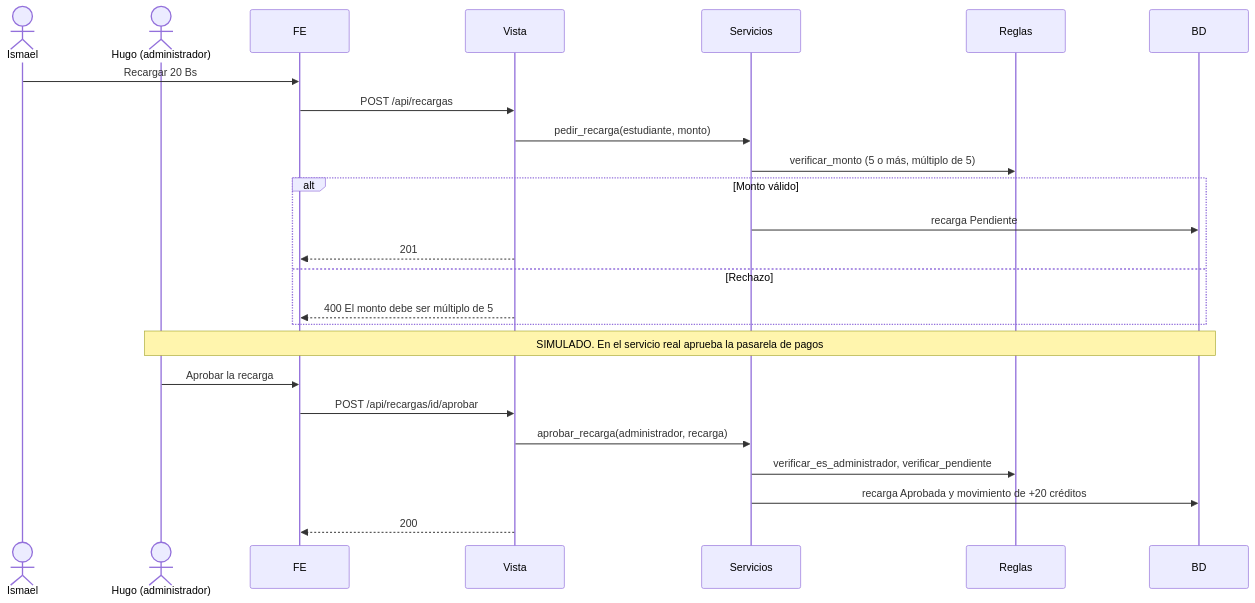
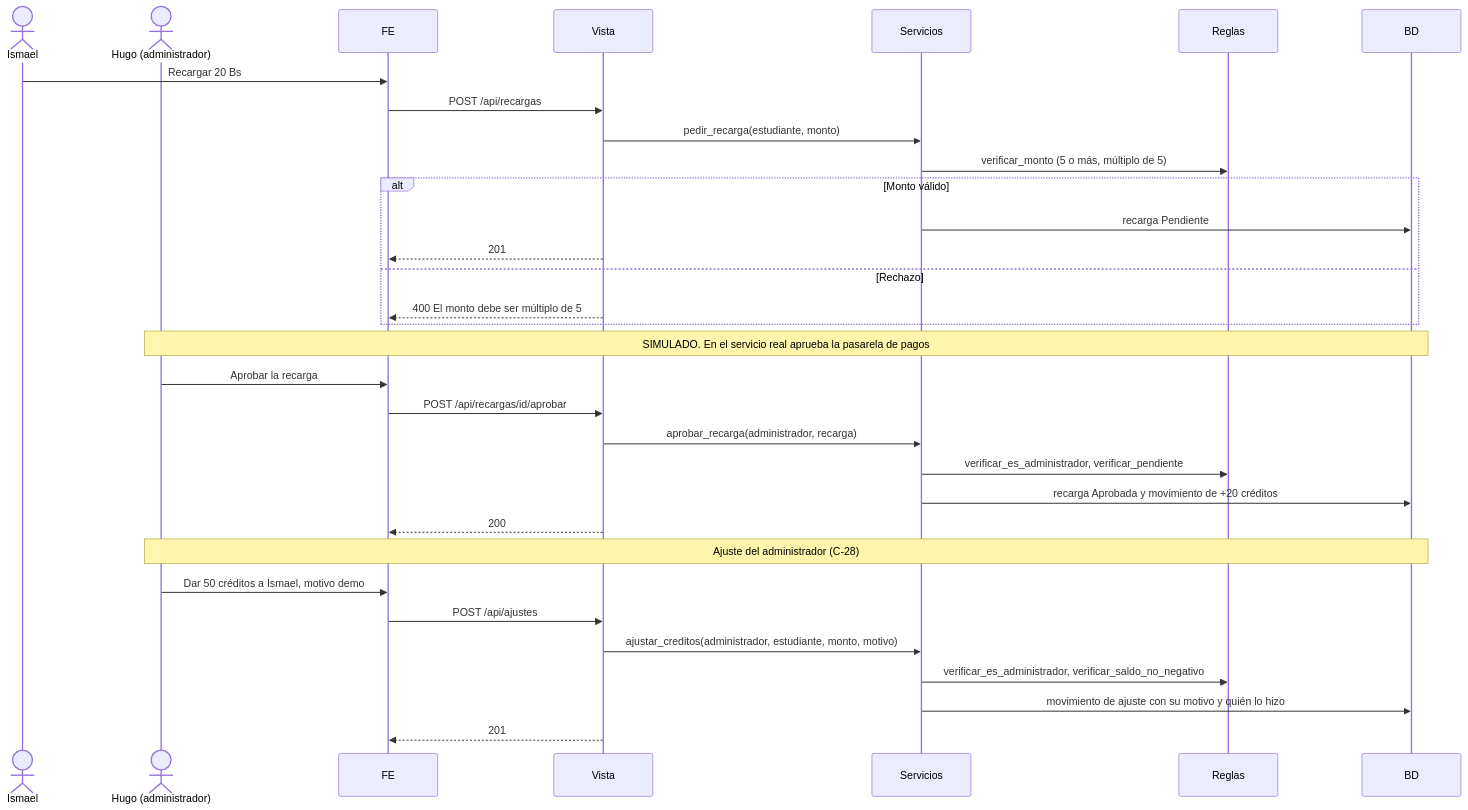
Before and after one commit to hugozuniga770/UPBus: diagram 12 of 19 in docs/diagramas-secuencia.md, drawn with Mermaid. The commit also changed other lines of this file and 8 other files, not shown here.

````diff
--- a/docs/diagramas-secuencia.md
+++ b/docs/diagramas-secuencia.md
@@ -312,27 +340,34 @@
 ```mermaid
 sequenceDiagram
     actor E as Ismael
     actor A as Hugo (administrador)
     participant FE
     participant V as Vista
     participant S as Servicios
     participant R as Reglas
     participant B as BD
     E->>FE: Recargar 20 Bs
     FE->>V: POST /api/recargas
     V->>S: pedir_recarga(estudiante, monto)
     S->>R: verificar_monto (5 o más, múltiplo de 5)
     alt Monto válido
         S->>B: recarga Pendiente
         V-->>FE: 201
     else Rechazo
         V-->>FE: 400 El monto debe ser múltiplo de 5
     end
     Note over A,B: SIMULADO. En el servicio real aprueba la pasarela de pagos
     A->>FE: Aprobar la recarga
     FE->>V: POST /api/recargas/id/aprobar
     V->>S: aprobar_recarga(administrador, recarga)
     S->>R: verificar_es_administrador, verificar_pendiente
     S->>B: recarga Aprobada y movimiento de +20 créditos
     V-->>FE: 200
+    Note over A,B: Ajuste del administrador (C-28)
+    A->>FE: Dar 50 créditos a Ismael, motivo demo
+    FE->>V: POST /api/ajustes
+    V->>S: ajustar_creditos(administrador, estudiante, monto, motivo)
+    S->>R: verificar_es_administrador, verificar_saldo_no_negativo
+    S->>B: movimiento de ajuste con su motivo y quién lo hizo
+    V-->>FE: 201
 ```
````
